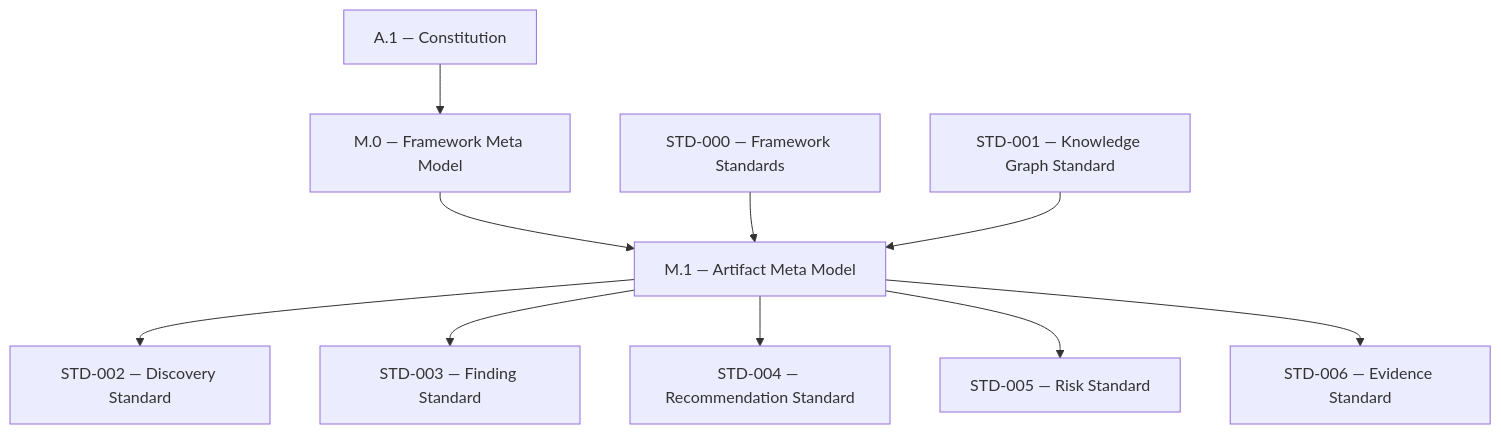
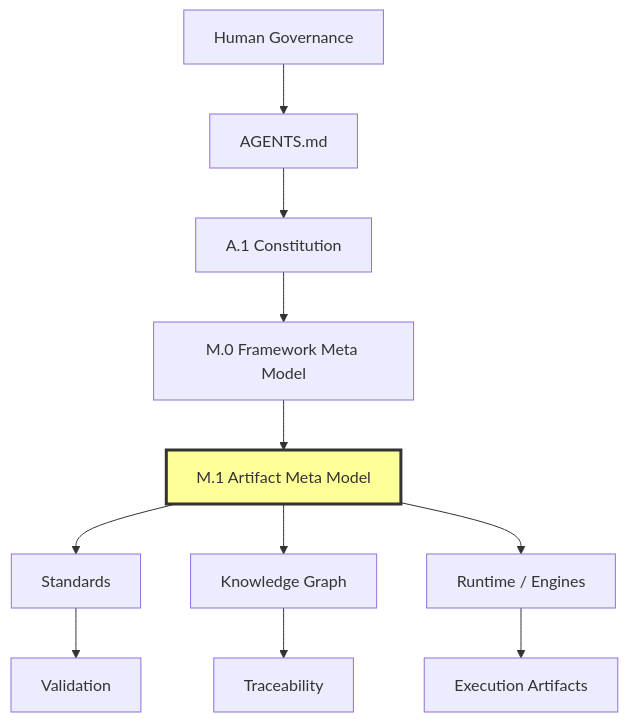
Before and after one commit to doallon/forge-ai: the first of 13 diagrams in docs/AI/Meta/M.1-Artifact-Meta-Model.md, drawn with Mermaid. The commit also changed other lines of this file, not shown here.

Commit message:
Align M.1 artifact meta model

````diff
--- a/docs/AI/Meta/M.1-Artifact-Meta-Model.md
+++ b/docs/AI/Meta/M.1-Artifact-Meta-Model.md
@@ -103,12 +91,15 @@
 ```mermaid
 graph TD
-    A1["A.1 — Constitution"] --> M0["M.0 — Framework Meta Model"]
-    M0 --> M1["M.1 — Artifact Meta Model"]
-    M1 --> STD002["STD-002 — Discovery Standard"]
-    M1 --> STD003["STD-003 — Finding Standard"]
-    M1 --> STD004["STD-004 — Recommendation Standard"]
-    M1 --> STD005["STD-005 — Risk Standard"]
-    M1 --> STD006["STD-006 — Evidence Standard"]
-    STD000["STD-000 — Framework Standards"] --> M1
-    STD001["STD-001 — Knowledge Graph Standard"] --> M1
+    HG["Human Governance"] --> AGENTS["AGENTS.md"]
+    AGENTS --> A1["A.1 Constitution"]
+    A1 --> M0["M.0 Framework Meta Model"]
+    M0 --> M1["M.1 Artifact Meta Model"]
+    M1 --> STD["Standards"]
+    M1 --> KG["Knowledge Graph"]
+    M1 --> RT["Runtime / Engines"]
+    STD --> VAL["Validation"]
+    KG --> TRACE["Traceability"]
+    RT --> EXEC["Execution Artifacts"]
+
+    style M1 fill:#ff9,stroke:#333,stroke-width:3px
 ```
````
